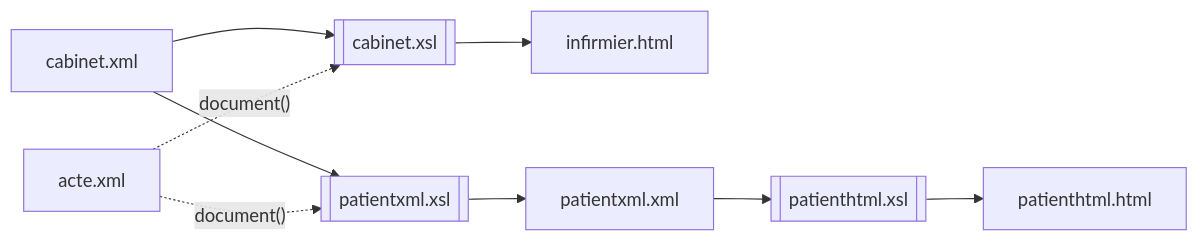
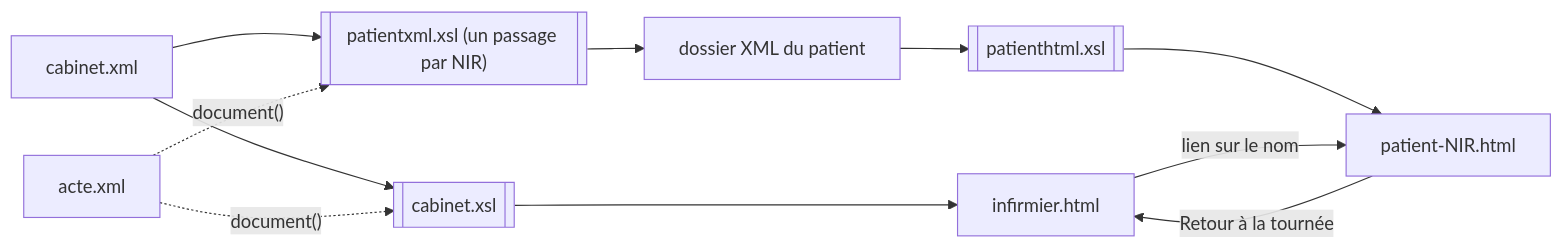
The third of 3 diagrams in README.md (MEDAMINEJAANANE21/CabinetInfirmier), drawn with Mermaid before and after one commit. The commit also changed other lines of this file and 18 other files, not shown here.

First line of the commit message:
Liens entre la tournée et un dossier par patient

````diff
--- a/README.md
+++ b/README.md
@@ -394,9 +413,11 @@
 ```mermaid
 flowchart LR
     C[cabinet.xml]
     A[acte.xml]
     C --> X1[[cabinet.xsl]] --> H1[infirmier.html]
-    C --> X2[[patientxml.xsl]] --> P[patientxml.xml] --> X3[[patienthtml.xsl]] --> H2[patienthtml.html]
+    C --> X2[["patientxml.xsl (un passage par NIR)"]] --> P["dossier XML du patient"] --> X3[[patienthtml.xsl]] --> H2["patient-NIR.html"]
     A -. "document()" .-> X1
     A -. "document()" .-> X2
+    H1 -- "lien sur le nom" --> H2
+    H2 -- "Retour à la tournée" --> H1
 ```
````
